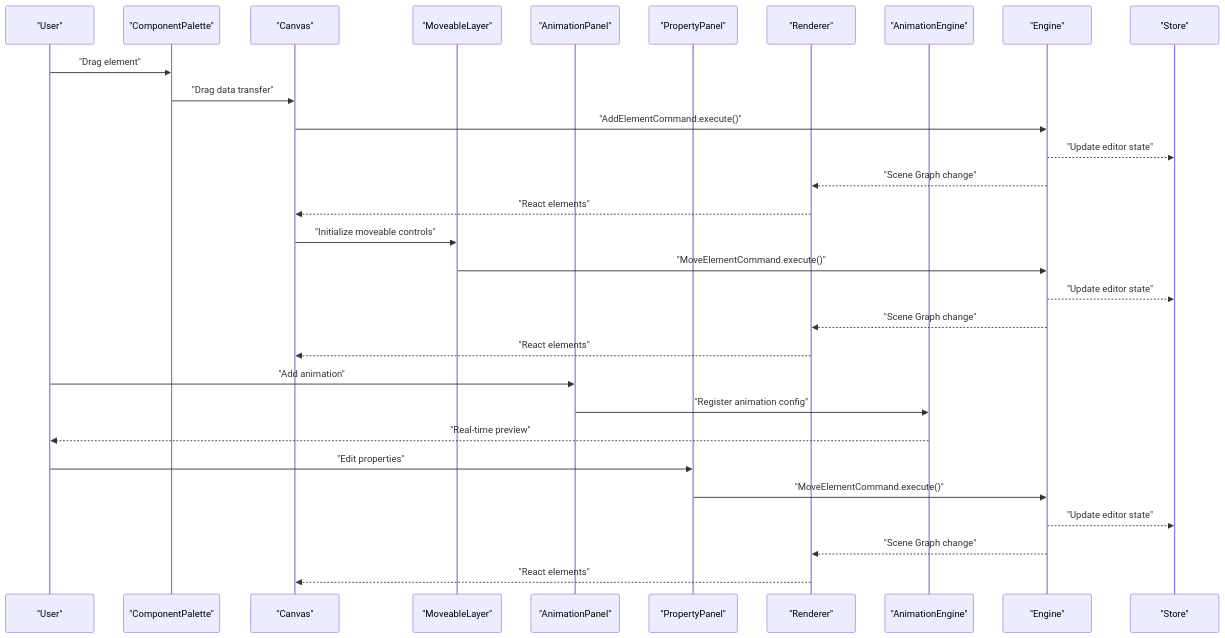
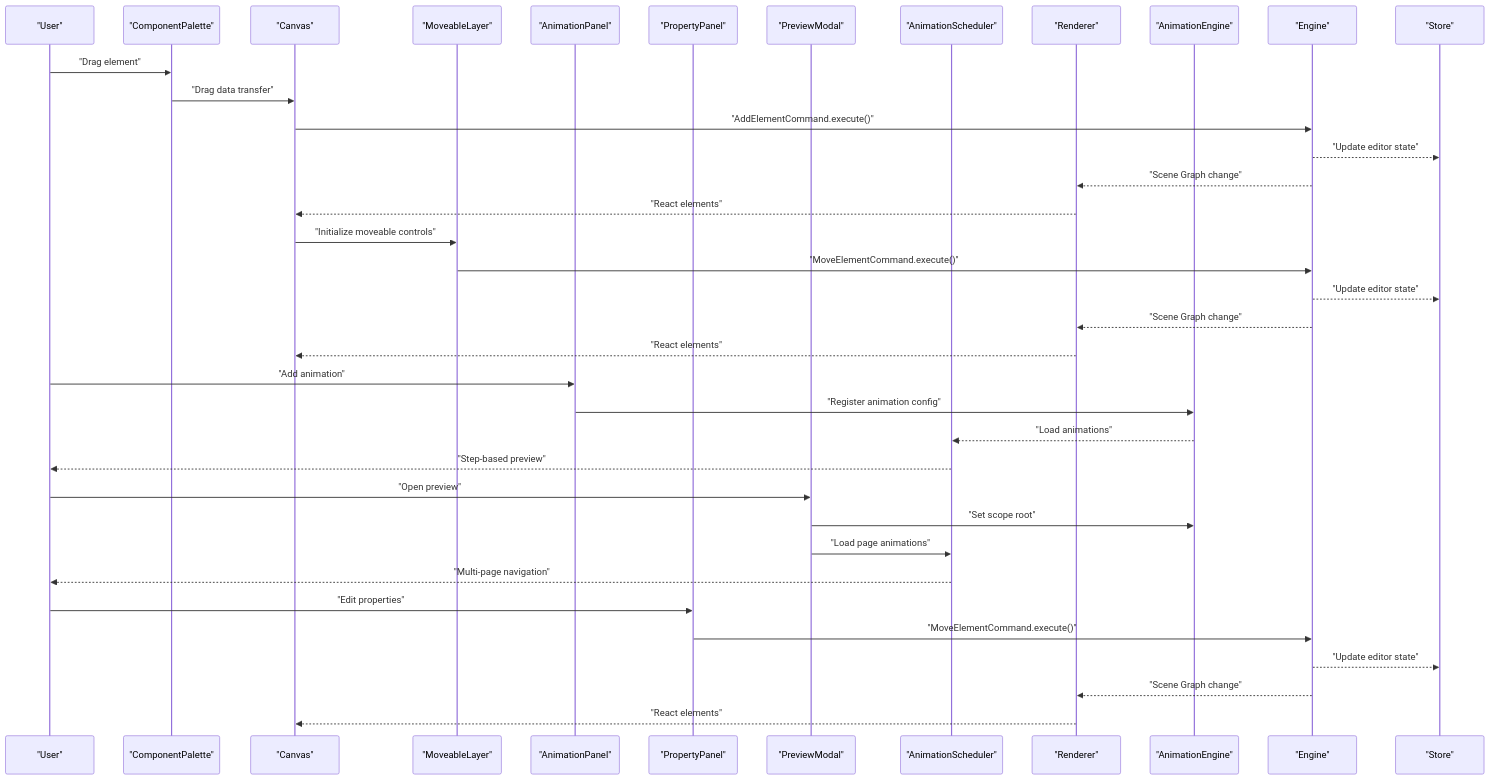
One commit to Anna0314zy/ai_editor_enginer changed the second of 3 diagrams in .qoder/repowiki/en/content/User Interface Components/User Interface Components.md. Above: the diagram before and after it, drawn with Mermaid. The commit also changed other lines of this file and 8 other files, not shown here.

````diff
--- a/.qoder/repowiki/en/content/User Interface Components/User Interface Components.md
+++ b/.qoder/repowiki/en/content/User Interface Components/User Interface Components.md
@@ -208,32 +218,39 @@
 ```mermaid
 sequenceDiagram
 participant U as "User"
 participant P as "ComponentPalette"
 participant C as "Canvas"
 participant MP as "MoveableLayer"
 participant AP as "AnimationPanel"
 participant PP as "PropertyPanel"
+participant PM as "PreviewModal"
+participant AS as "AnimationScheduler"
 participant R as "Renderer"
 participant AE as "AnimationEngine"
 participant E as "Engine"
 participant S as "Store"
 U->>P : "Drag element"
 P->>C : "Drag data transfer"
 C->>E : "AddElementCommand.execute()"
 E-->>S : "Update editor state"
 E-->>R : "Scene Graph change"
 R-->>C : "React elements"
 C->>MP : "Initialize moveable controls"
 MP->>E : "MoveElementCommand.execute()"
 E-->>S : "Update editor state"
 E-->>R : "Scene Graph change"
 R-->>C : "React elements"
 U->>AP : "Add animation"
 AP->>AE : "Register animation config"
-AE-->>U : "Real-time preview"
+AE-->>AS : "Load animations"
+AS-->>U : "Step-based preview"
+U->>PM : "Open preview"
+PM->>AE : "Set scope root"
+PM->>AS : "Load page animations"
+AS-->>U : "Multi-page navigation"
 U->>PP : "Edit properties"
 PP->>E : "MoveElementCommand.execute()"
 E-->>S : "Update editor state"
 E-->>R : "Scene Graph change"
 R-->>C : "React elements"
 ```
````
